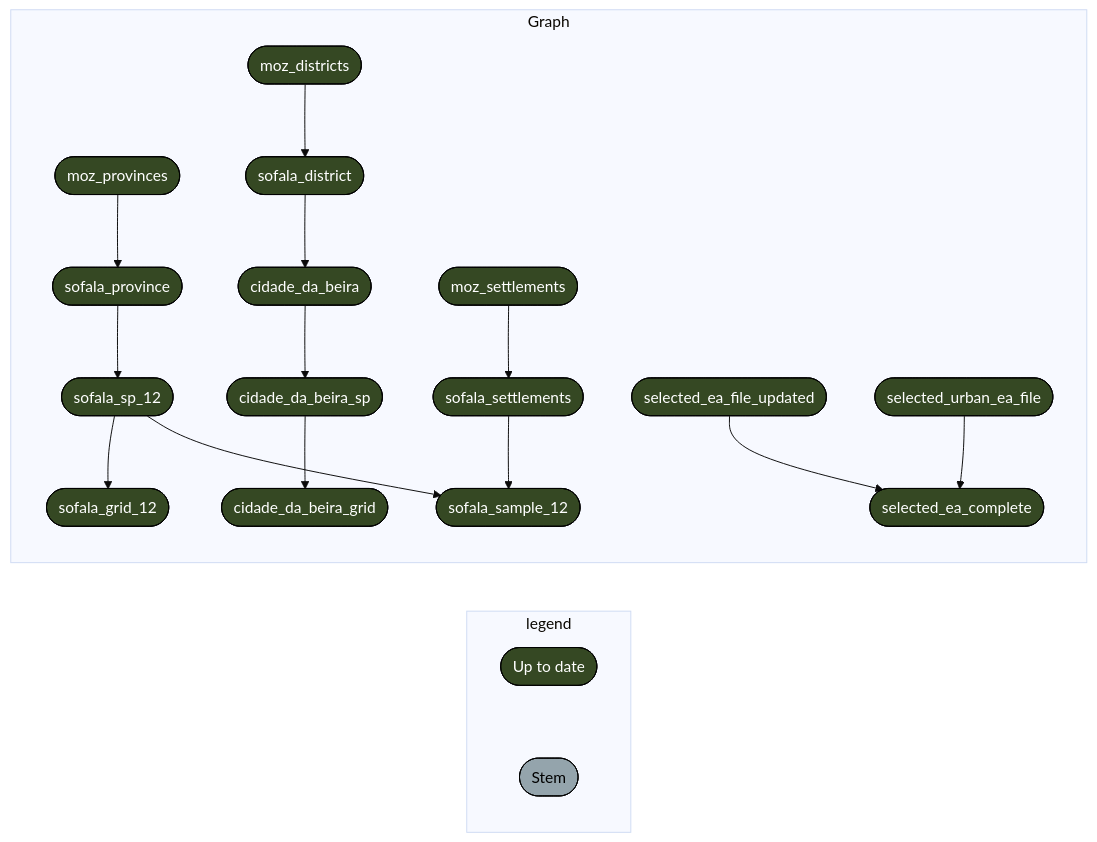
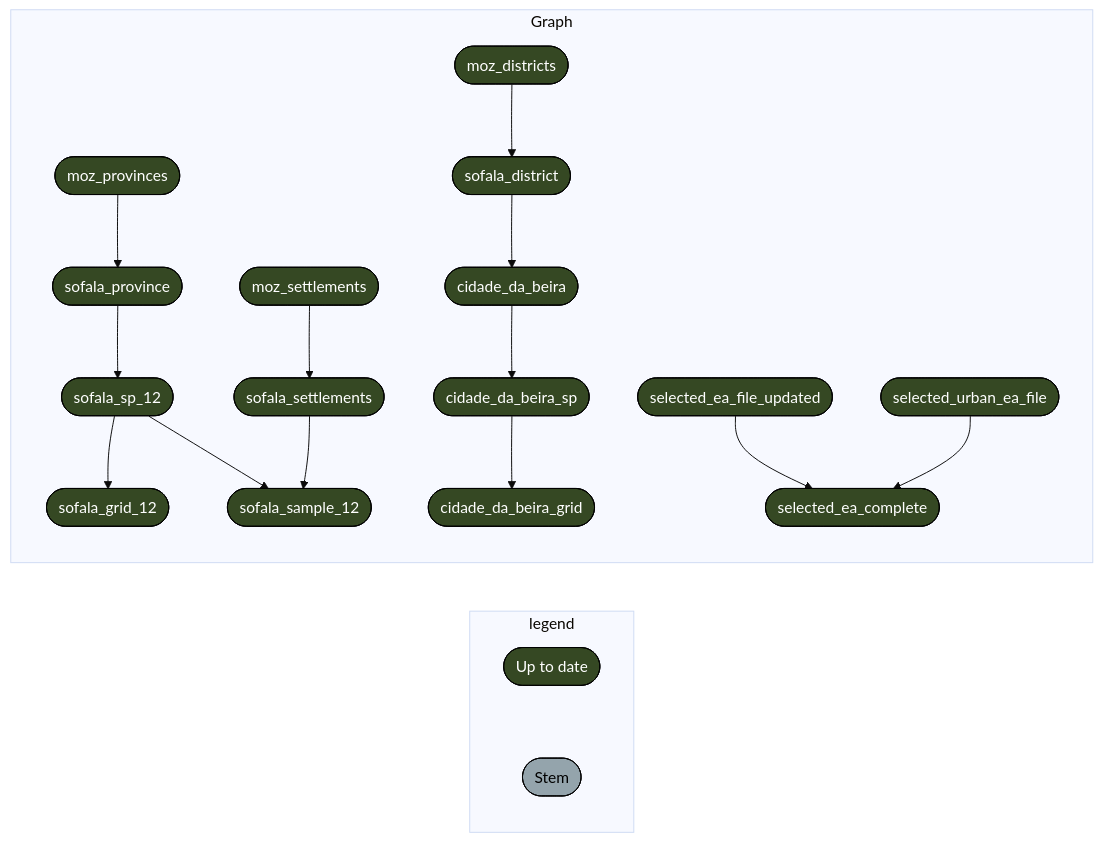
The first of 5 diagrams in README.md (katilingban/mozambique-s3m), drawn with Mermaid (base theme) before and after one commit. The commit also changed other lines of this file and 4 other files, not shown here.

````diff
--- a/README.md
+++ b/README.md
@@ -29,23 +29,23 @@
 ``` mermaid
 graph LR
   subgraph legend
     x7420bd9270f8d27d([""Up to date""]):::uptodate --- xbf4603d6c2c2ad6b([""Stem""]):::none
   end
   subgraph Graph
-    x36ac982d46cbe0a5(["sofala_sp_12"]):::uptodate --> x3e8475df052020ee(["sofala_grid_12"]):::uptodate
-    x07b06a64d6979765(["cidade_da_beira"]):::uptodate --> x216c8615edb5b18d(["cidade_da_beira_sp"]):::uptodate
-    x89b92e016b1a0789(["sofala_province"]):::uptodate --> x36ac982d46cbe0a5(["sofala_sp_12"]):::uptodate
-    x216c8615edb5b18d(["cidade_da_beira_sp"]):::uptodate --> x91135f521fae67c1(["cidade_da_beira_grid"]):::uptodate
+    x75893273a2726411(["moz_provinces"]):::uptodate --> x89b92e016b1a0789(["sofala_province"]):::uptodate
+    xeb7dee2731da6b05(["moz_settlements"]):::uptodate --> xb7ac41c07a011c84(["sofala_settlements"]):::uptodate
     xb7ac41c07a011c84(["sofala_settlements"]):::uptodate --> xbac0d63338e90727(["sofala_sample_12"]):::uptodate
     x36ac982d46cbe0a5(["sofala_sp_12"]):::uptodate --> xbac0d63338e90727(["sofala_sample_12"]):::uptodate
-    x75893273a2726411(["moz_provinces"]):::uptodate --> x89b92e016b1a0789(["sofala_province"]):::uptodate
+    x07b06a64d6979765(["cidade_da_beira"]):::uptodate --> x216c8615edb5b18d(["cidade_da_beira_sp"]):::uptodate
+    x2ae35f7d7ffcedde(["moz_districts"]):::uptodate --> xac05260670c94749(["sofala_district"]):::uptodate
+    x216c8615edb5b18d(["cidade_da_beira_sp"]):::uptodate --> x91135f521fae67c1(["cidade_da_beira_grid"]):::uptodate
+    x36ac982d46cbe0a5(["sofala_sp_12"]):::uptodate --> x3e8475df052020ee(["sofala_grid_12"]):::uptodate
     x3fcad629bf609680(["selected_ea_file_updated"]):::uptodate --> x92e3f678d50e7191(["selected_ea_complete"]):::uptodate
     xfdb6a9b6a0e24e2c(["selected_urban_ea_file"]):::uptodate --> x92e3f678d50e7191(["selected_ea_complete"]):::uptodate
+    x89b92e016b1a0789(["sofala_province"]):::uptodate --> x36ac982d46cbe0a5(["sofala_sp_12"]):::uptodate
     xac05260670c94749(["sofala_district"]):::uptodate --> x07b06a64d6979765(["cidade_da_beira"]):::uptodate
-    xeb7dee2731da6b05(["moz_settlements"]):::uptodate --> xb7ac41c07a011c84(["sofala_settlements"]):::uptodate
-    x2ae35f7d7ffcedde(["moz_districts"]):::uptodate --> xac05260670c94749(["sofala_district"]):::uptodate
   end
   classDef uptodate stroke:#000000,color:#ffffff,fill:#354823;
   classDef none stroke:#000000,color:#000000,fill:#94a4ac;
   linkStyle 0 stroke-width:0px;
 ```
````
